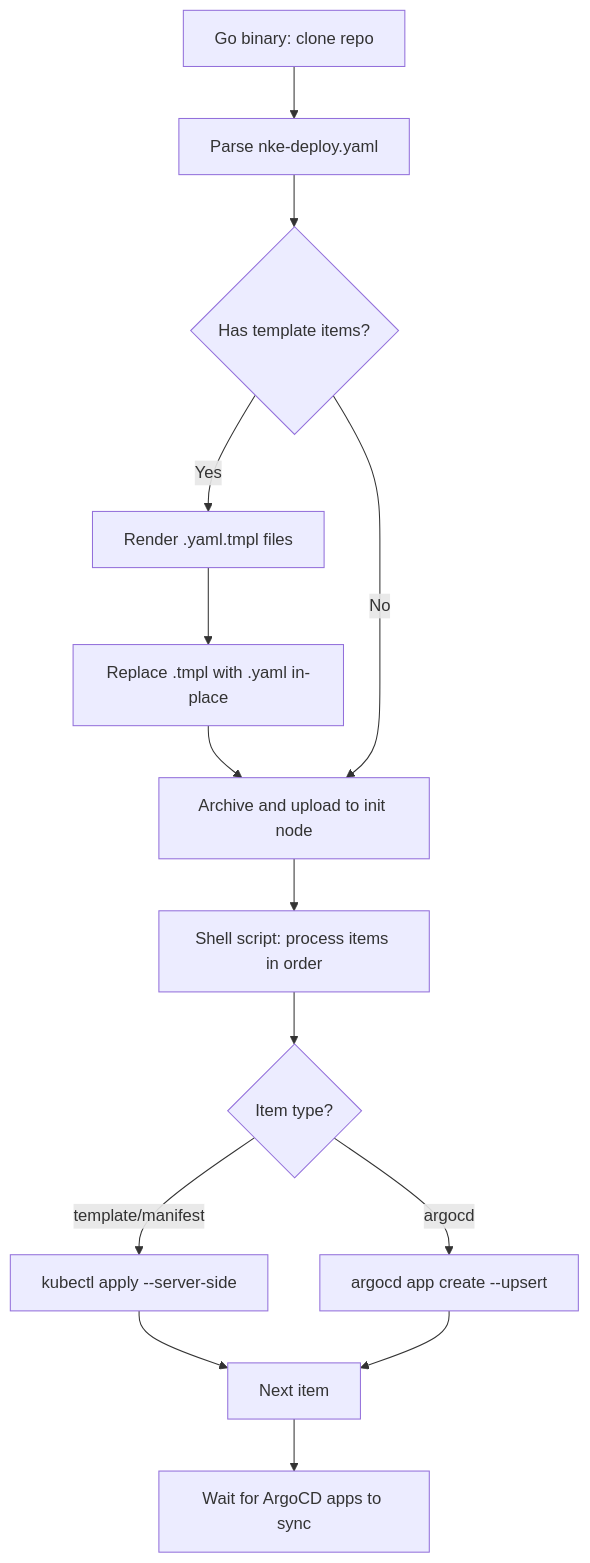
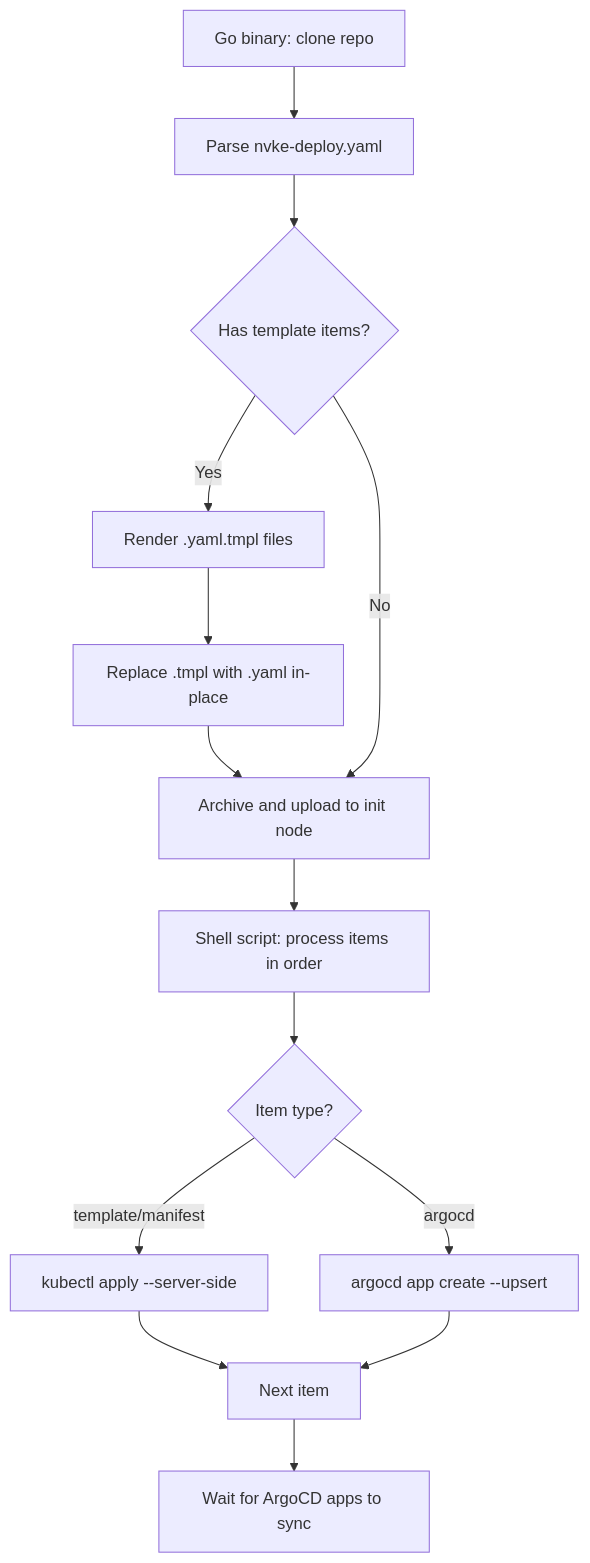
One commit to FrankSpitulski/nvke changed the diagram in docs/site-bootstrap/deploy-repository.md. Above: the diagram before and after it, drawn with Mermaid. The commit also changed other lines of this file and 289 other files, not shown here.

````diff
--- a/docs/site-bootstrap/deploy-repository.md
+++ b/docs/site-bootstrap/deploy-repository.md
@@ -173,16 +173,16 @@
 ```mermaid
 flowchart TD
-    A["Go binary: clone repo"] --> B["Parse nke-deploy.yaml"]
+    A["Go binary: clone repo"] --> B["Parse nvke-deploy.yaml"]
     B --> C{"Has template items?"}
     C -- Yes --> D["Render .yaml.tmpl files"]
     D --> E["Replace .tmpl with .yaml in-place"]
     E --> F["Archive and upload to init node"]
     C -- No --> F
     F --> G["Shell script: process items in order"]
     G --> H{"Item type?"}
     H -- "template/manifest" --> I["kubectl apply --server-side"]
     H -- "argocd" --> J["argocd app create --upsert"]
     I --> K["Next item"]
     J --> K
     K --> L["Wait for ArgoCD apps to sync"]
 ```
````
